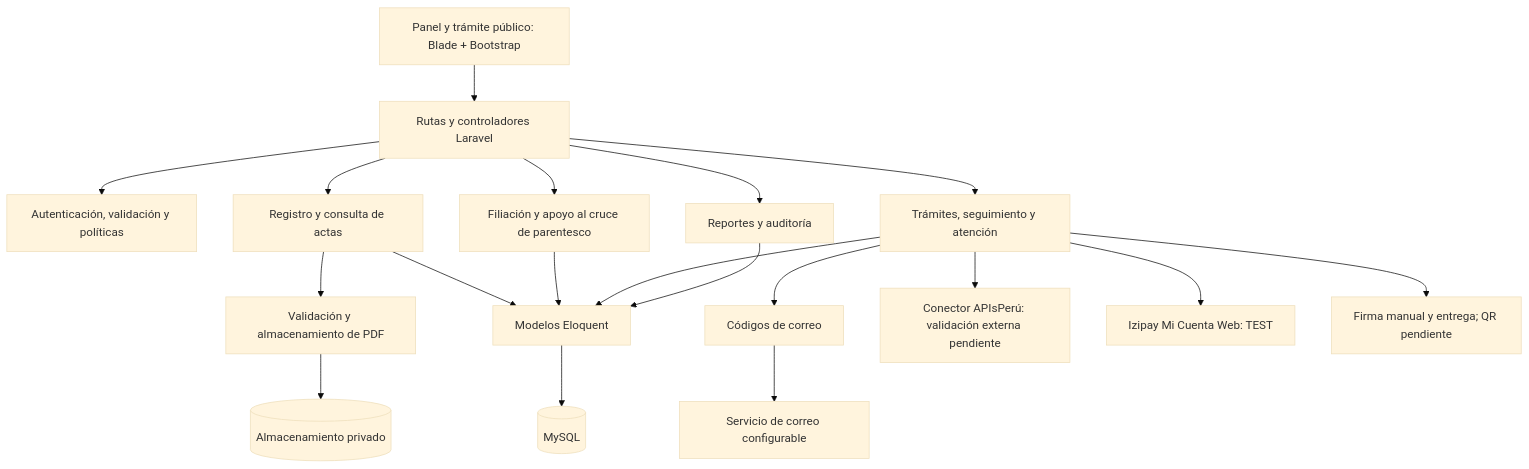
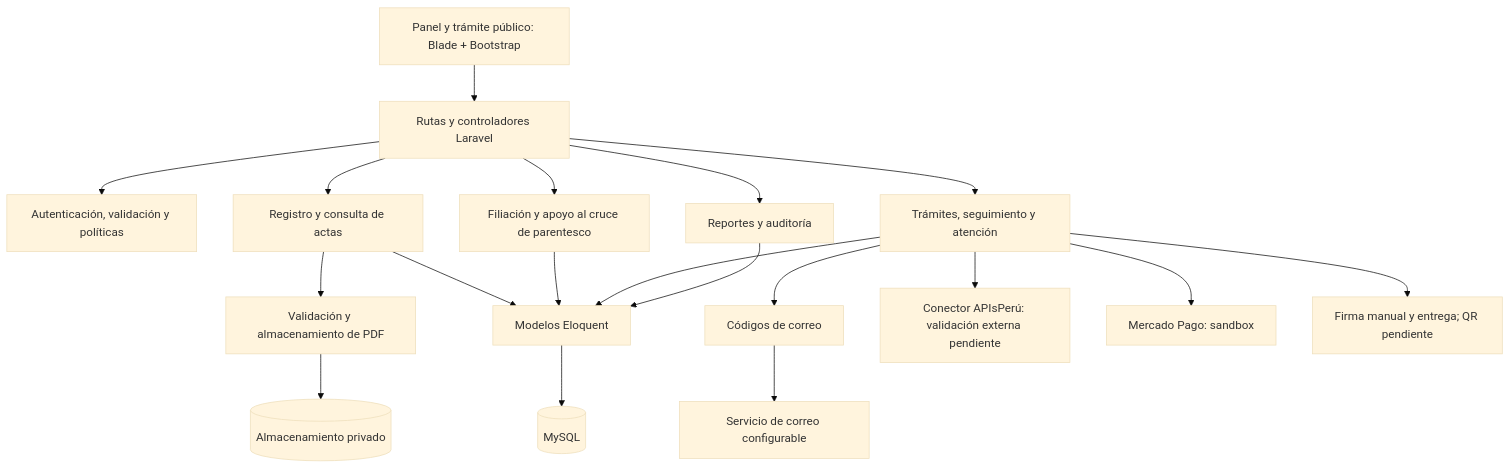
The diagram in arquitectura/componentes-arquitectonicos.md (DeyviQC/RegistroCivil_arquiSoft_Quispe-02), drawn with Mermaid (base theme) before and after one commit. The commit also changed other lines of this file and 18 other files, not shown here.

````diff
--- a/arquitectura/componentes-arquitectonicos.md
+++ b/arquitectura/componentes-arquitectonicos.md
@@ -5,31 +5,31 @@
 ```mermaid
 flowchart TD
     Web["Panel y trámite público: Blade + Bootstrap"]
     Entrada["Rutas y controladores Laravel"]
     Acceso["Autenticación, validación y políticas"]
     Actas["Registro y consulta de actas"]
     PDF["Validación y almacenamiento de PDF"]
     Filiacion["Filiación y apoyo al cruce de parentesco"]
     Tramites["Trámites, seguimiento y atención"]
     Codigos["Códigos de correo"]
     Reportes["Reportes y auditoría"]
     Modelos["Modelos Eloquent"]
     Web --> Entrada
     Entrada --> Acceso
     Entrada --> Actas
     Entrada --> Filiacion
     Entrada --> Tramites
     Entrada --> Reportes
     Actas --> PDF
     Actas --> Modelos
     Filiacion --> Modelos
     Tramites --> Modelos
     Reportes --> Modelos
     Tramites --> Codigos
     Codigos --> Correo["Servicio de correo configurable"]
     Tramites --> API["Conector APIsPerú: validación externa pendiente"]
-    Tramites --> Pago["Izipay Mi Cuenta Web: TEST"]
+    Tramites --> Pago["Mercado Pago: sandbox"]
     Tramites --> Futuro["Firma manual y entrega; QR pendiente"]
     Modelos --> BD[("MySQL")]
     PDF --> Disco[("Almacenamiento privado")]
 ```
````
